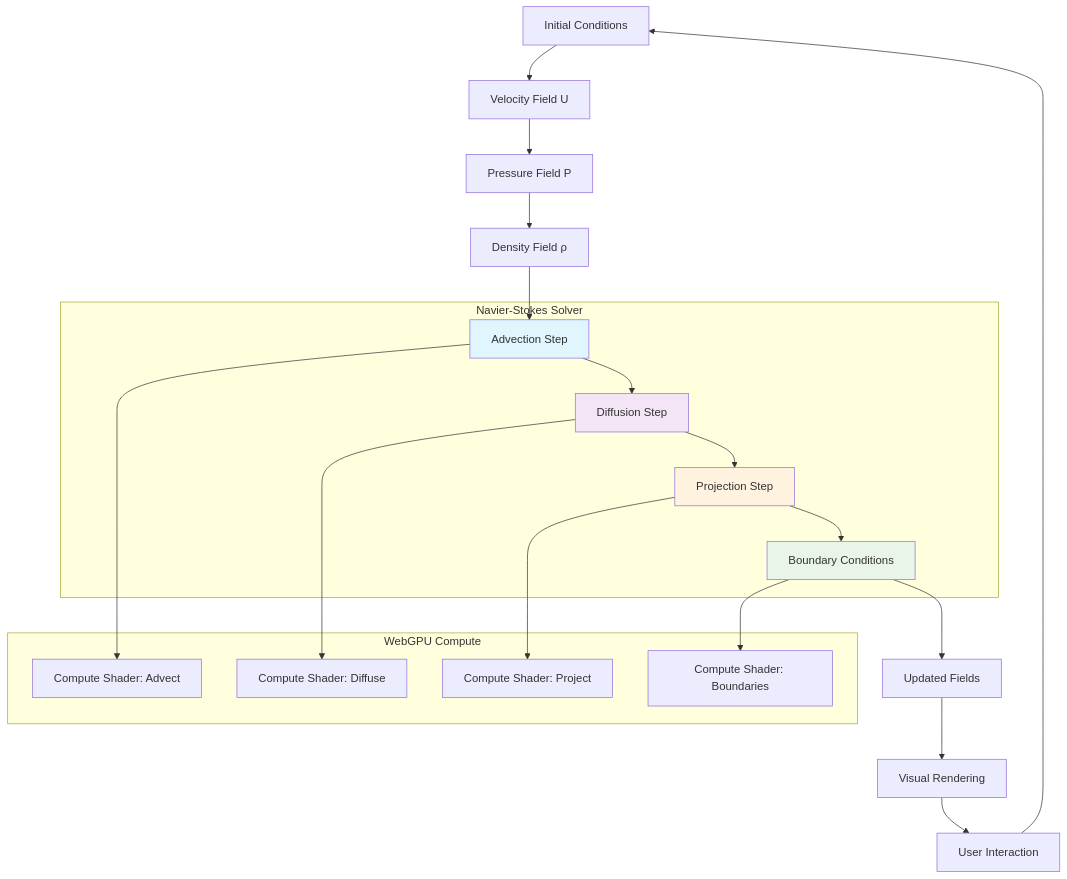
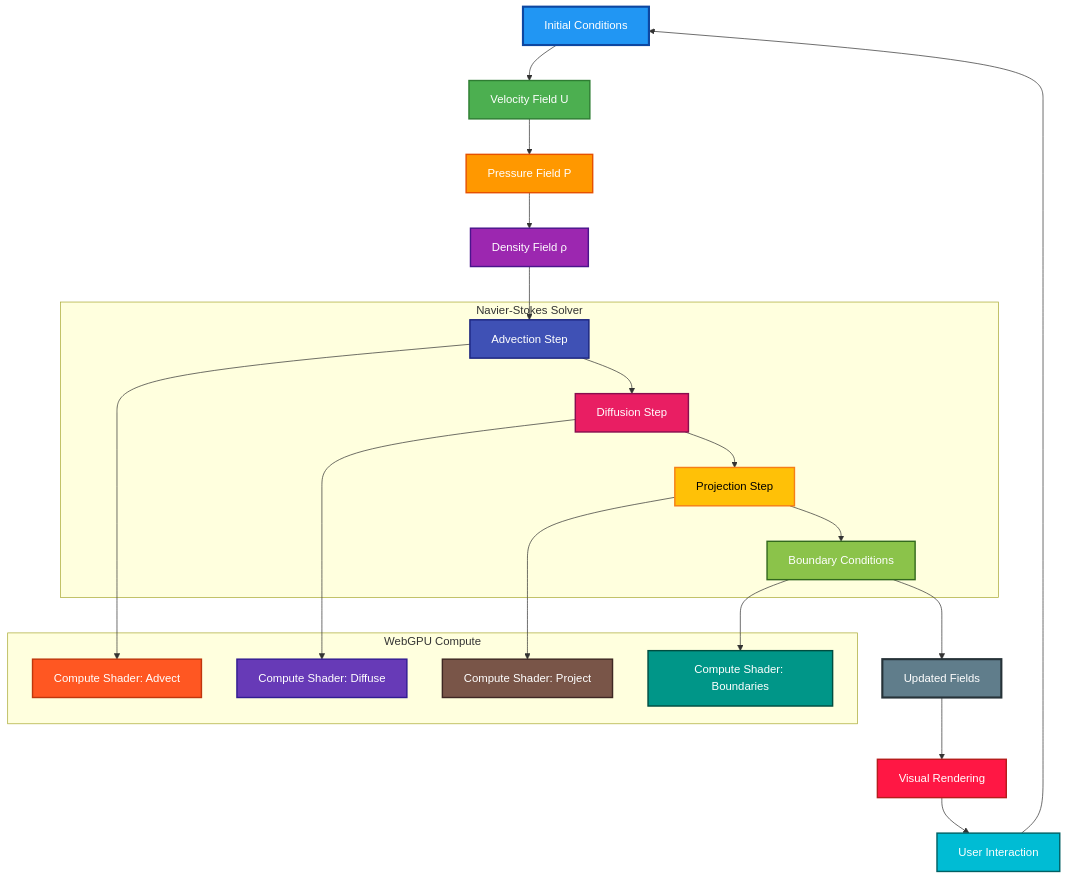
The ninth of 13 diagrams in README.md (felipesanchez-dev/LLMs), drawn with Mermaid before and after one commit. The commit also changed other lines of this file, not shown here.

Commit message:
feat: Mejorar estilos de diagramas en el README para mayor contraste y visibilidad

````diff
--- a/README.md
+++ b/README.md
@@ -488,40 +475,55 @@
 ```mermaid
 graph TD
     A[Initial Conditions] --> B[Velocity Field U]
     B --> C[Pressure Field P]
     C --> D[Density Field ρ]
 
     subgraph "Navier-Stokes Solver"
         E[Advection Step]
         F[Diffusion Step]
         G[Projection Step]
         H[Boundary Conditions]
     end
 
     D --> E
     E --> F
     F --> G
     G --> H
     H --> I[Updated Fields]
 
     subgraph "WebGPU Compute"
         J[Compute Shader: Advect]
         K[Compute Shader: Diffuse]
         L[Compute Shader: Project]
         M[Compute Shader: Boundaries]
     end
 
     E --> J
     F --> K
     G --> L
     H --> M
 
     I --> N[Visual Rendering]
     N --> O[User Interaction]
     O --> A
 
-    style E fill:#e1f5fe
-    style F fill:#f3e5f5
-    style G fill:#fff3e0
-    style H fill:#e8f5e8
+    %% Estilos mejorados para mayor visibilidad
+    style A fill:#2196F3,stroke:#0D47A1,stroke-width:3px,color:#ffffff
+    style B fill:#4CAF50,stroke:#2E7D32,stroke-width:2px,color:#ffffff
+    style C fill:#FF9800,stroke:#E65100,stroke-width:2px,color:#ffffff
+    style D fill:#9C27B0,stroke:#4A148C,stroke-width:2px,color:#ffffff
+    
+    style E fill:#3F51B5,stroke:#1A237E,stroke-width:2px,color:#ffffff
+    style F fill:#E91E63,stroke:#880E4F,stroke-width:2px,color:#ffffff
+    style G fill:#FFC107,stroke:#F57F17,stroke-width:2px,color:#000000
+    style H fill:#8BC34A,stroke:#33691E,stroke-width:2px,color:#ffffff
+    
+    style I fill:#607D8B,stroke:#263238,stroke-width:3px,color:#ffffff
+    style J fill:#FF5722,stroke:#BF360C,stroke-width:2px,color:#ffffff
+    style K fill:#673AB7,stroke:#311B92,stroke-width:2px,color:#ffffff
+    style L fill:#795548,stroke:#3E2723,stroke-width:2px,color:#ffffff
+    style M fill:#009688,stroke:#004D40,stroke-width:2px,color:#ffffff
+    
+    style N fill:#FF1744,stroke:#B71C1C,stroke-width:2px,color:#ffffff
+    style O fill:#00BCD4,stroke:#006064,stroke-width:2px,color:#ffffff
 ```
````
